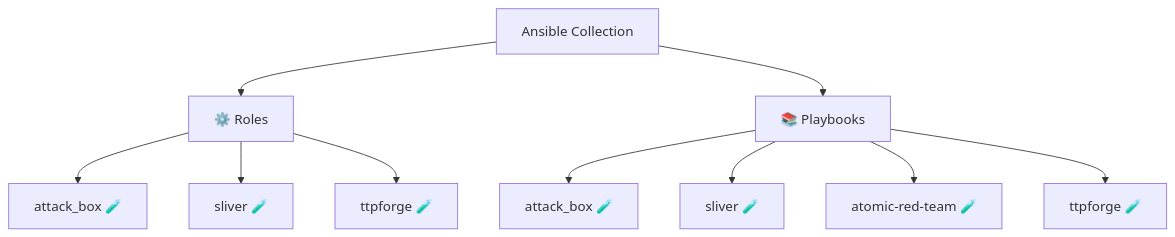
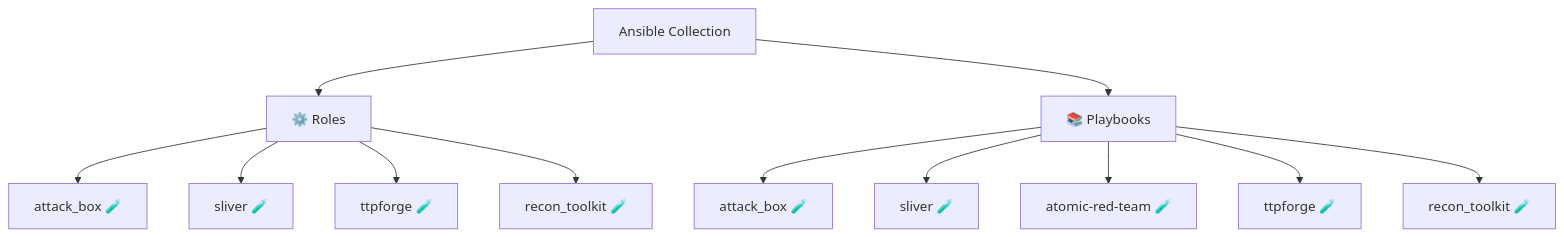
One commit to l50/ansible-collection-arsenal changed the diagram in README.md. Above: the diagram before and after it, drawn with Mermaid. The commit also changed 18 other files, not shown here.

First line of the commit message:
feat: add recon_toolkit role for automated reconnaissance toolchain (#628)

````diff
--- a/README.md
+++ b/README.md
@@ -13,13 +13,15 @@
 ```mermaid
 graph TD
     Collection[Ansible Collection]
     Collection --> Roles[⚙️ Roles]
     Roles --> R0[attack_box 🧪]
     Roles --> R1[sliver 🧪]
     Roles --> R2[ttpforge 🧪]
+    Roles --> R3[recon_toolkit 🧪]
     Collection --> Playbooks[📚 Playbooks]
     Playbooks --> PB0[attack_box 🧪]
     Playbooks --> PB1[sliver 🧪]
     Playbooks --> PB2[atomic-red-team 🧪]
     Playbooks --> PB3[ttpforge 🧪]
+    Playbooks --> PB4[recon_toolkit 🧪]
 ```
````
